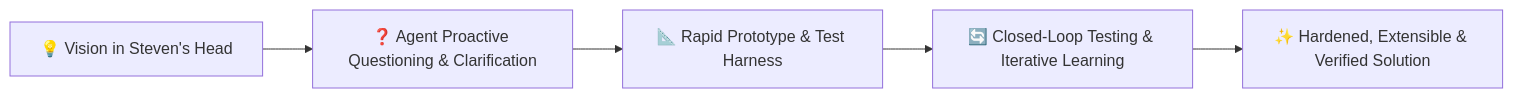
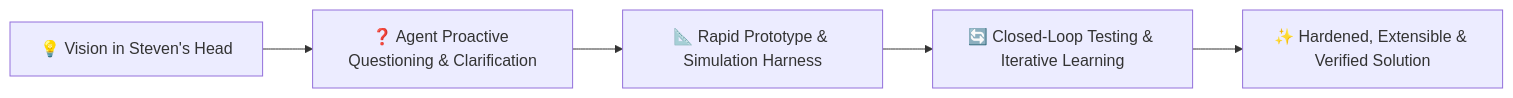
One commit to spelech/AgenticEngineeringToolbelt changed the diagram in archetypes/controls-fullstack-dotnet-react.md. Above: the diagram before and after it, drawn with Mermaid. The commit also changed other lines of this file and 5 other files, not shown here.

Commit message:
feat(archetypes,skills): update archetypes and skills for git flow, apis first, and harnesses

````diff
--- a/archetypes/controls-fullstack-dotnet-react.md
+++ b/archetypes/controls-fullstack-dotnet-react.md
@@ -10,7 +10,7 @@
 ```mermaid
 flowchart LR
     A["💡 Vision in Steven's Head"] --> B["❓ Agent Proactive Questioning & Clarification"]
-    B --> C["📐 Rapid Prototype & Test Harness"]
+    B --> C["📐 Rapid Prototype & Simulation Harness"]
     C --> D["🔄 Closed-Loop Testing & Iterative Learning"]
     D --> E["✨ Hardened, Extensible & Verified Solution"]
 ```
````
